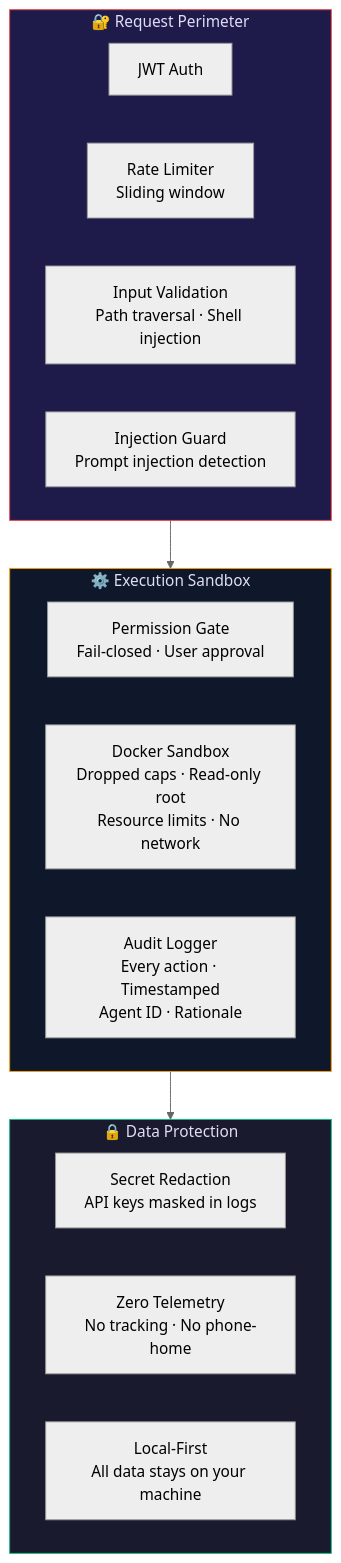
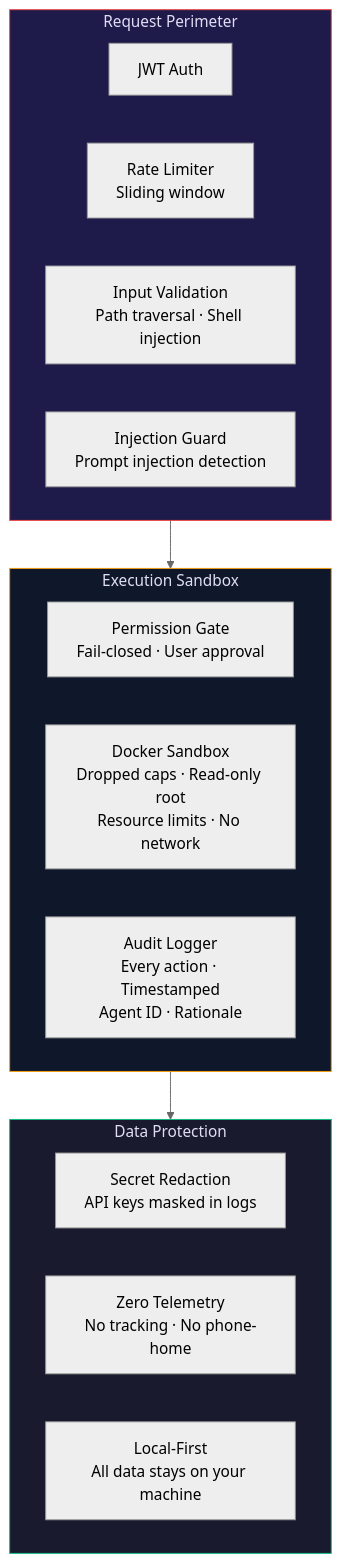
One commit to inbharat-ai/codein.pro changed the fifth of 5 diagrams in README.md. Above: the diagram before and after it, drawn with Mermaid (neutral theme). The commit also changed other lines of this file and 67 other files, not shown here.

````diff
--- a/README.md
+++ b/README.md
@@ -513,27 +534,27 @@
 ```mermaid
 graph TB
-    subgraph Perimeter["🔐 Request Perimeter"]
+    subgraph Perimeter["Request Perimeter"]
         JWT["JWT Auth"]
         RATE["Rate Limiter<br/>Sliding window"]
         VALID["Input Validation<br/>Path traversal · Shell injection"]
         INJECT["Injection Guard<br/>Prompt injection detection"]
     end
 
-    subgraph Execution["⚙️ Execution Sandbox"]
+    subgraph Execution["Execution Sandbox"]
         PERM["Permission Gate<br/>Fail-closed · User approval"]
         DOCKER["Docker Sandbox<br/>Dropped caps · Read-only root<br/>Resource limits · No network"]
         AUDIT["Audit Logger<br/>Every action · Timestamped<br/>Agent ID · Rationale"]
     end
 
-    subgraph Data["🔒 Data Protection"]
+    subgraph Data["Data Protection"]
         REDACT["Secret Redaction<br/>API keys masked in logs"]
         ZERO["Zero Telemetry<br/>No tracking · No phone-home"]
         LOCAL["Local-First<br/>All data stays on your machine"]
     end
 
     Perimeter --> Execution --> Data
 
     style Perimeter fill:#1e1b4b,stroke:#ef4444,color:#e0def4
     style Execution fill:#0f172a,stroke:#f59e0b,color:#e0def4
     style Data fill:#1a1a2e,stroke:#10b981,color:#e0def4
 ```
````
